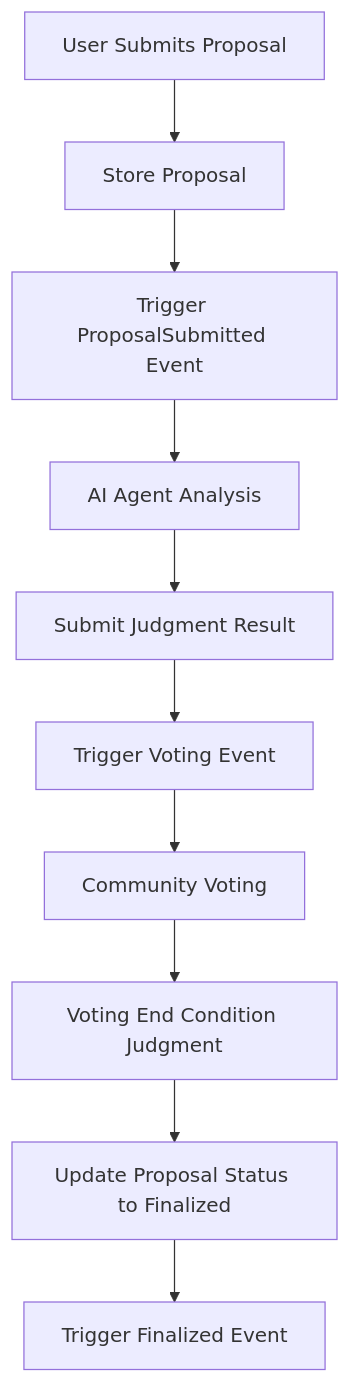
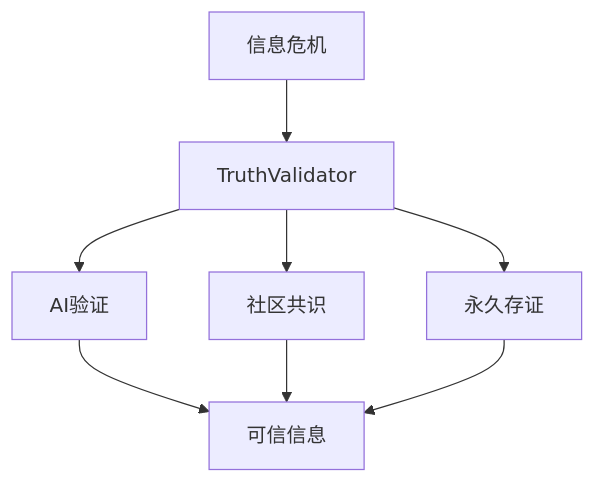
One commit to truthvalidator/TruthValidatorAgent changed the first of 11 diagrams in docs/lightpaper.md. Above: the diagram before and after it, drawn with Mermaid. The commit also changed other lines of this file, not shown here.

````diff
--- a/docs/lightpaper.md
+++ b/docs/lightpaper.md
@@ -92,12 +4,10 @@
 ```mermaid
 graph TD
-    SubmitProposal[User Submits Proposal] --> StoreProposal[Store Proposal]
-    StoreProposal --> TriggerEvent[Trigger ProposalSubmitted Event]
-    TriggerEvent --> AI_Agent[AI Agent Analysis]
-    AI_Agent --> SubmitResult[Submit Judgment Result]
-    SubmitResult --> TriggerVoting[Trigger Voting Event]
-    TriggerVoting --> Vote[Community Voting]
-    Vote --> Finalize[Voting End Condition Judgment]
-    Finalize --> UpdateState[Update Proposal Status to Finalized]
-    UpdateState --> NotifyBot[Trigger Finalized Event]
+    A[信息危机] --> B[TruthValidator]
+    B --> C[AI验证]
+    B --> D[社区共识] 
+    B --> E[永久存证]
+    C --> F[可信信息]
+    D --> F
+    E --> F
 ```
````
